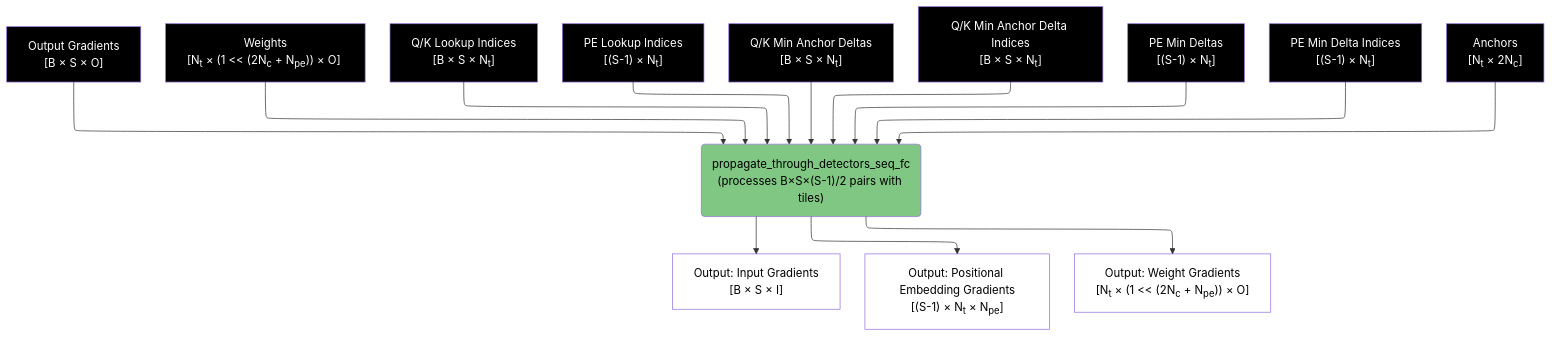
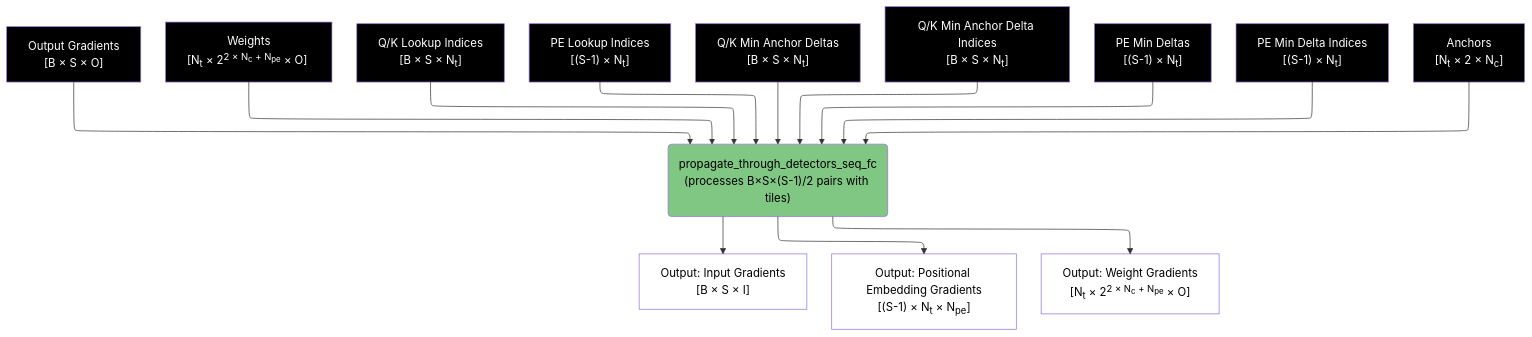
The seventh of 8 diagrams in spiky_cuda/lut/doc/LUT_RUNTIME_DATA_FLOW.md (anatoli-starostin/spiky), drawn with Mermaid before and after one commit. The commit also changed other lines of this file and 8 other files, not shown here.

````diff
--- a/spiky_cuda/lut/doc/LUT_RUNTIME_DATA_FLOW.md
+++ b/spiky_cuda/lut/doc/LUT_RUNTIME_DATA_FLOW.md
@@ -249,34 +233,34 @@
 ```mermaid
 %%{init: { "flowchart": { "defaultRenderer": "elk" } }}%%
 flowchart TD
     A["Output Gradients<br/>[B × S × O]"] --> I("propagate_through_detectors_seq_fc<br/>(processes B×S×(S-1)/2 pairs with tiles)")
     
-    W6["Weights<br/>[N<sub>t</sub>&nbsp;×&nbsp;(1&nbsp;<<&nbsp;(2N<sub>c</sub>&nbsp;+&nbsp;N<sub>pe</sub>))&nbsp;×&nbsp;O]&nbsp;"] --> I
+    W6["Weights<br/>[N<sub>t</sub>&nbsp;×&nbsp;2<sup>2&nbsp;×&nbsp;N<sub>c</sub>&nbsp;+&nbsp;N<sub>pe</sub></sup>&nbsp;×&nbsp;O]&nbsp;"] --> I
     
     L3["Q/K Lookup Indices<br/>[B × S × N<sub>t</sub>]"] --> I
     L4["PE Lookup Indices<br/>[(S-1) × N<sub>t</sub>]"] --> I
     M5["Q/K Min Anchor Deltas<br/>[B × S × N<sub>t</sub>]"] --> I
     M6["Q/K Min Anchor Delta Indices<br/>[B&nbsp;×&nbsp;S&nbsp;×&nbsp;N<sub>t</sub>]"] --> I
     M7["PE Min Deltas<br/>[(S-1) × N<sub>t</sub>]"] --> I
     M8["PE Min Delta Indices<br/>[(S-1) × N<sub>t</sub>]"] --> I
     
-    D6["Anchors<br/>[N<sub>t</sub> × 2N<sub>c</sub>]"] --> I
+    D6["Anchors<br/>[N<sub>t</sub> × 2 × N<sub>c</sub>]"] --> I
     
     I --> J["Output: Input Gradients<br/>[B × S × I]"]
     I --> K["Output: Positional Embedding Gradients<br/>[(S-1) × N<sub>t</sub> × N<sub>pe</sub>]"]
-    I --> H["Output: Weight Gradients<br/>[N<sub>t</sub>&nbsp;×&nbsp;(1&nbsp;<<&nbsp;(2N<sub>c</sub>&nbsp;+&nbsp;N<sub>pe</sub>))&nbsp;×&nbsp;O]"]
+    I --> H["Output: Weight Gradients<br/>[N<sub>t</sub>&nbsp;×&nbsp;2<sup>2&nbsp;×&nbsp;N<sub>c</sub>&nbsp;+&nbsp;N<sub>pe</sub></sup>&nbsp;×&nbsp;O]"]
     
     style I fill:#81c784,color:#000000
     style H fill:#ffffff,color:#000000
     style J fill:#ffffff,color:#000000
     style K fill:#ffffff,color:#000000
     style A fill:#000000,color:#ffffff
     style W6 fill:#000000,color:#ffffff
     style L3 fill:#000000,color:#ffffff
     style L4 fill:#000000,color:#ffffff
     style M5 fill:#000000,color:#ffffff
     style M6 fill:#000000,color:#ffffff
     style M7 fill:#000000,color:#ffffff
     style M8 fill:#000000,color:#ffffff
     style D6 fill:#000000,color:#ffffff
 ```
````
